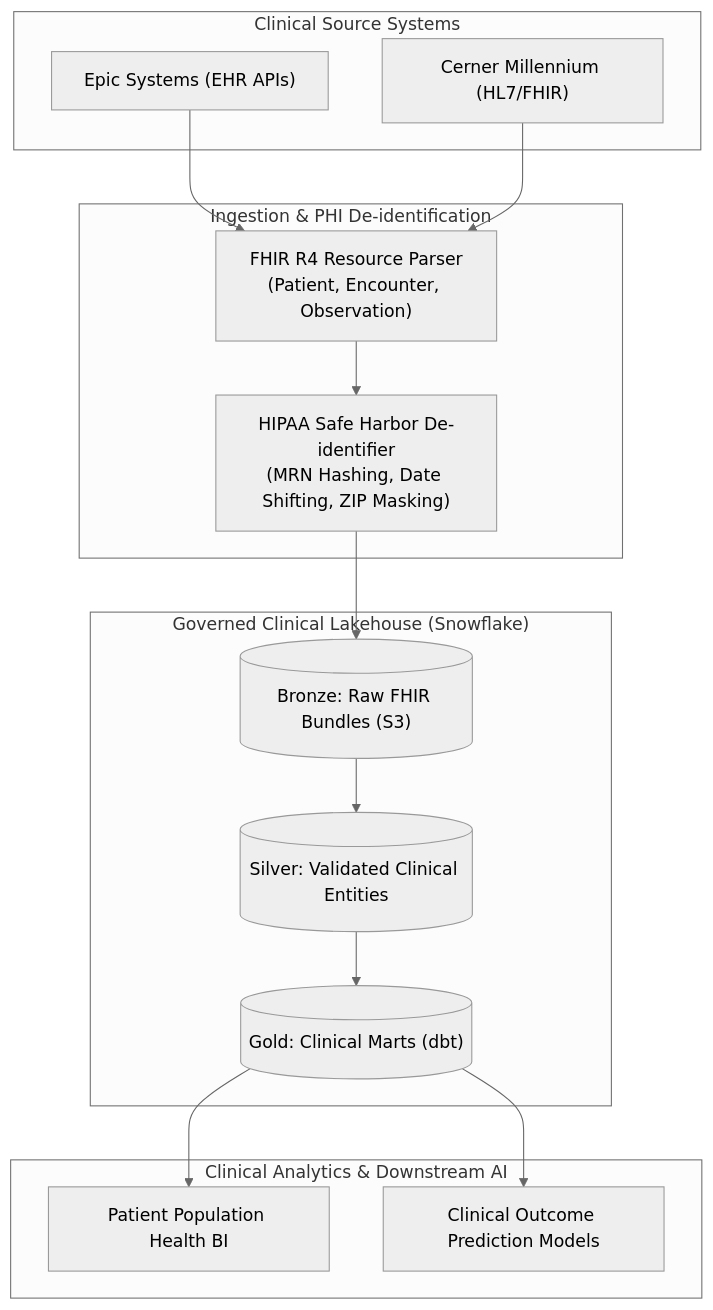
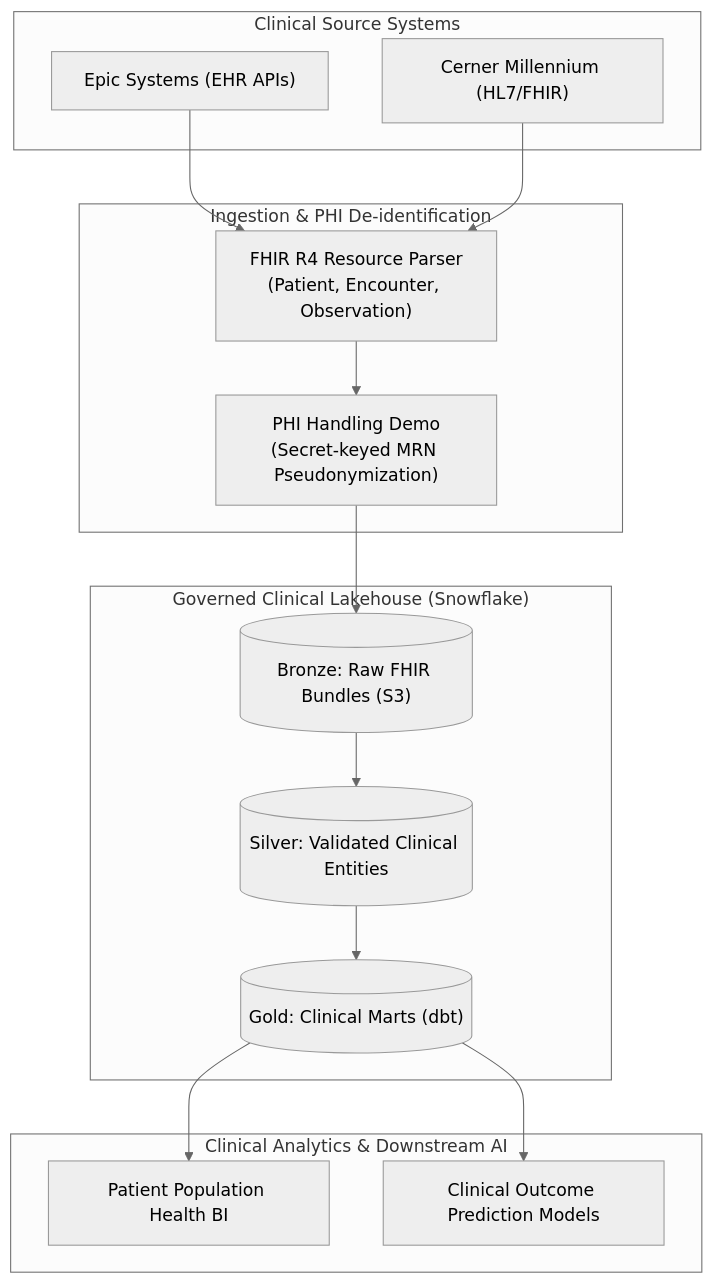
One commit to devmasonmir/healthcare-fhir-lakehouse-platform changed the diagram in README.md. Above: the diagram before and after it, drawn with Mermaid (neutral theme). The commit also changed other lines of this file and 2 other files, not shown here.

First line of the commit message:
Secure MRN pseudonymization with runtime HMAC keys

````diff
--- a/README.md
+++ b/README.md
@@ -16,29 +16,29 @@
 ```mermaid
 flowchart TD
     subgraph EHR["Clinical Source Systems"]
         Epic["Epic Systems (EHR APIs)"]
         Cerner["Cerner Millennium (HL7/FHIR)"]
     end
 
     subgraph Ingestion["Ingestion & PHI De-identification"]
         Parser["FHIR R4 Resource Parser<br/>(Patient, Encounter, Observation)"]
-        Masker["HIPAA Safe Harbor De-identifier<br/>(MRN Hashing, Date Shifting, ZIP Masking)"]
+        Masker["PHI Handling Demo<br/>(Secret-keyed MRN Pseudonymization)"]
         Epic --> Parser
         Cerner --> Parser
         Parser --> Masker
     end
 
     subgraph Lakehouse["Governed Clinical Lakehouse (Snowflake)"]
         Bronze[("Bronze: Raw FHIR Bundles (S3)")]
         Silver[("Silver: Validated Clinical Entities")]
         Gold[("Gold: Clinical Marts (dbt)")]
         Masker --> Bronze
         Bronze --> Silver
         Silver --> Gold
     end
 
     subgraph Analytics["Clinical Analytics & Downstream AI"]
         Gold --> Dash["Patient Population Health BI"]
         Gold --> Risk["Clinical Outcome Prediction Models"]
     end
 ```
````
